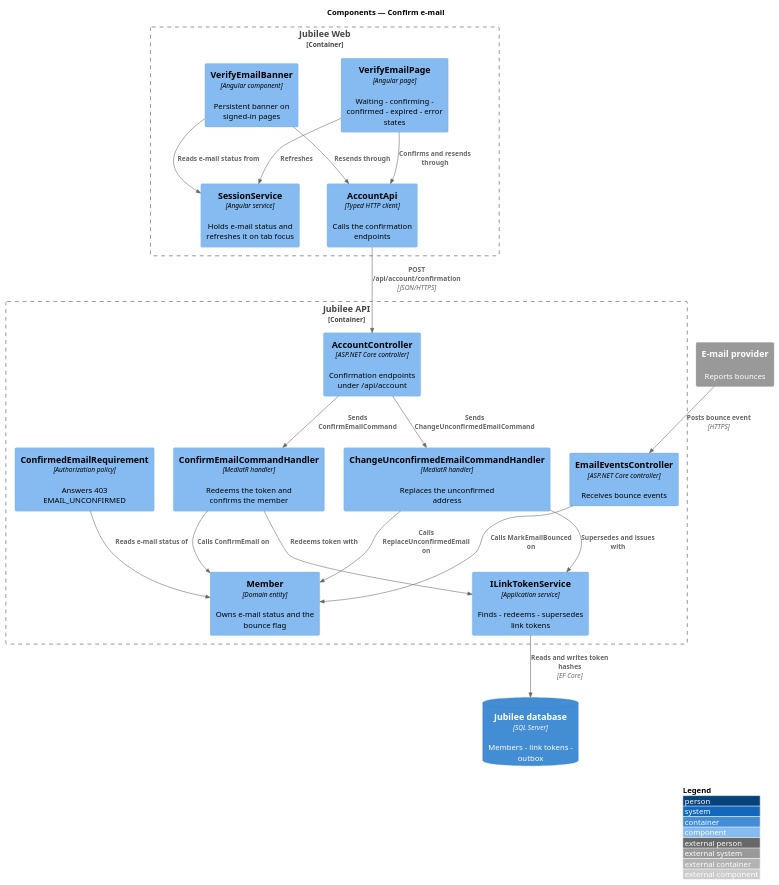
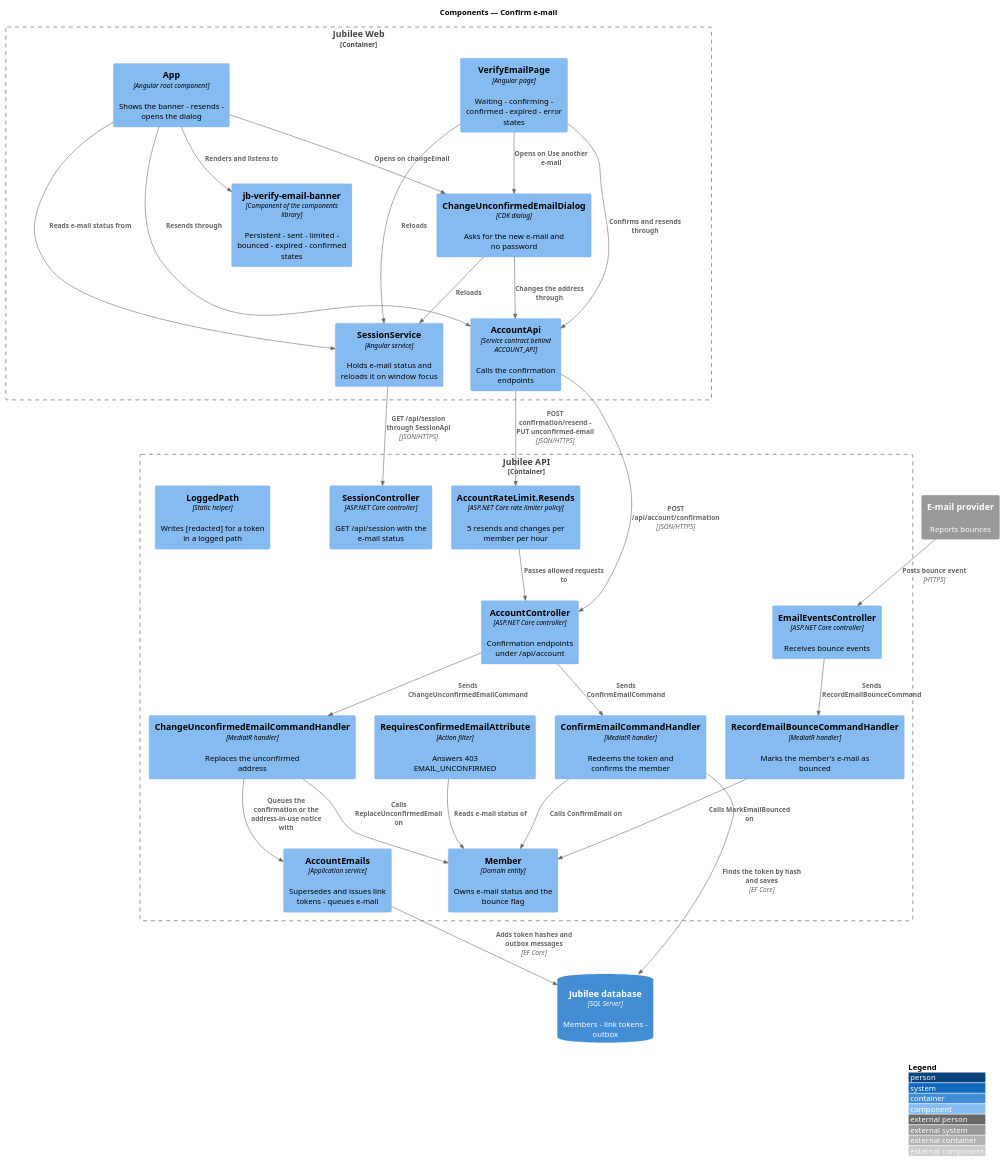
The diagram in docs/detailed-designs/accounts/confirm-email/diagrams/c4-component.puml (QuinntyneBrown/jubilee), drawn with PlantUML before and after one commit. The commit also changed 40 other files, not shown here.

First line of the commit message:
Bring the join, confirm e-mail and Google designs in line with the code

```diff
--- a/docs/detailed-designs/accounts/confirm-email/diagrams/c4-component.puml
+++ b/docs/detailed-designs/accounts/confirm-email/diagrams/c4-component.puml
@@ -1,39 +1,54 @@
 @startuml
 !include <C4/C4_Component>
 LAYOUT_WITH_LEGEND()
 title Components — Confirm e-mail
 
 Container_Boundary(web, "Jubilee Web") {
   Component(page, "VerifyEmailPage", "Angular page", "Waiting - confirming - confirmed - expired - error states")
-  Component(banner, "VerifyEmailBanner", "Angular component", "Persistent banner on signed-in pages")
-  Component(session, "SessionService", "Angular service", "Holds e-mail status and refreshes it on tab focus")
-  Component(client, "AccountApi", "Typed HTTP client", "Calls the confirmation endpoints")
+  Component(root, "App", "Angular root component", "Shows the banner - resends - opens the dialog")
+  Component(banner, "jb-verify-email-banner", "Component of the components library", "Persistent - sent - limited - bounced - expired - confirmed states")
+  Component(dialog, "ChangeUnconfirmedEmailDialog", "CDK dialog", "Asks for the new e-mail and no password")
+  Component(session, "SessionService", "Angular service", "Holds e-mail status and reloads it on window focus")
+  Component(client, "AccountApi", "Service contract behind ACCOUNT_API", "Calls the confirmation endpoints")
 }
 Container_Boundary(api, "Jubilee API") {
+  Component(limit, "AccountRateLimit.Resends", "ASP.NET Core rate limiter policy", "5 resends and changes per member per hour")
   Component(ctrl, "AccountController", "ASP.NET Core controller", "Confirmation endpoints under /api/account")
+  Component(sessionctrl, "SessionController", "ASP.NET Core controller", "GET /api/session with the e-mail status")
   Component(hook, "EmailEventsController", "ASP.NET Core controller", "Receives bounce events")
-  Component(policy, "ConfirmedEmailRequirement", "Authorization policy", "Answers 403 EMAIL_UNCONFIRMED")
+  Component(filter, "RequiresConfirmedEmailAttribute", "Action filter", "Answers 403 EMAIL_UNCONFIRMED")
+  Component(logged, "LoggedPath", "Static helper", "Writes [redacted] for a token in a logged path")
   Component(confirm, "ConfirmEmailCommandHandler", "MediatR handler", "Redeems the token and confirms the member")
   Component(change, "ChangeUnconfirmedEmailCommandHandler", "MediatR handler", "Replaces the unconfirmed address")
-  Component(tokens, "ILinkTokenService", "Application service", "Finds - redeems - supersedes link tokens")
+  Component(bounce, "RecordEmailBounceCommandHandler", "MediatR handler", "Marks the member's e-mail as bounced")
+  Component(emails, "AccountEmails", "Application service", "Supersedes and issues link tokens - queues e-mail")
   Component(member, "Member", "Domain entity", "Owns e-mail status and the bounce flag")
 }
 ContainerDb(db, "Jubilee database", "SQL Server", "Members - link tokens - outbox")
 System_Ext(email, "E-mail provider", "Reports bounces")
 
+Rel(root, banner, "Renders and listens to")
+Rel(root, session, "Reads e-mail status from")
+Rel(root, client, "Resends through")
+Rel(root, dialog, "Opens on changeEmail")
+Rel(page, dialog, "Opens on Use another e-mail")
 Rel(page, client, "Confirms and resends through")
-Rel(banner, client, "Resends through")
-Rel(banner, session, "Reads e-mail status from")
-Rel(page, session, "Refreshes")
+Rel(page, session, "Reloads")
+Rel(dialog, client, "Changes the address through")
+Rel(dialog, session, "Reloads")
+Rel(client, limit, "POST confirmation/resend - PUT unconfirmed-email", "JSON/HTTPS")
+Rel(limit, ctrl, "Passes allowed requests to")
 Rel(client, ctrl, "POST /api/account/confirmation", "JSON/HTTPS")
+Rel(session, sessionctrl, "GET /api/session through SessionApi", "JSON/HTTPS")
 Rel(ctrl, confirm, "Sends ConfirmEmailCommand")
 Rel(ctrl, change, "Sends ChangeUnconfirmedEmailCommand")
-Rel(confirm, tokens, "Redeems token with")
-Rel(change, tokens, "Supersedes and issues with")
+Rel(change, emails, "Queues the confirmation or the address-in-use notice with")
 Rel(confirm, member, "Calls ConfirmEmail on")
 Rel(change, member, "Calls ReplaceUnconfirmedEmail on")
-Rel(policy, member, "Reads e-mail status of")
-Rel(tokens, db, "Reads and writes token hashes", "EF Core")
+Rel(filter, member, "Reads e-mail status of")
+Rel(confirm, db, "Finds the token by hash and saves", "EF Core")
+Rel(emails, db, "Adds token hashes and outbox messages", "EF Core")
 Rel(email, hook, "Posts bounce event", "HTTPS")
-Rel(hook, member, "Calls MarkEmailBounced on")
+Rel(hook, bounce, "Sends RecordEmailBounceCommand")
+Rel(bounce, member, "Calls MarkEmailBounced on")
 @enduml
```
